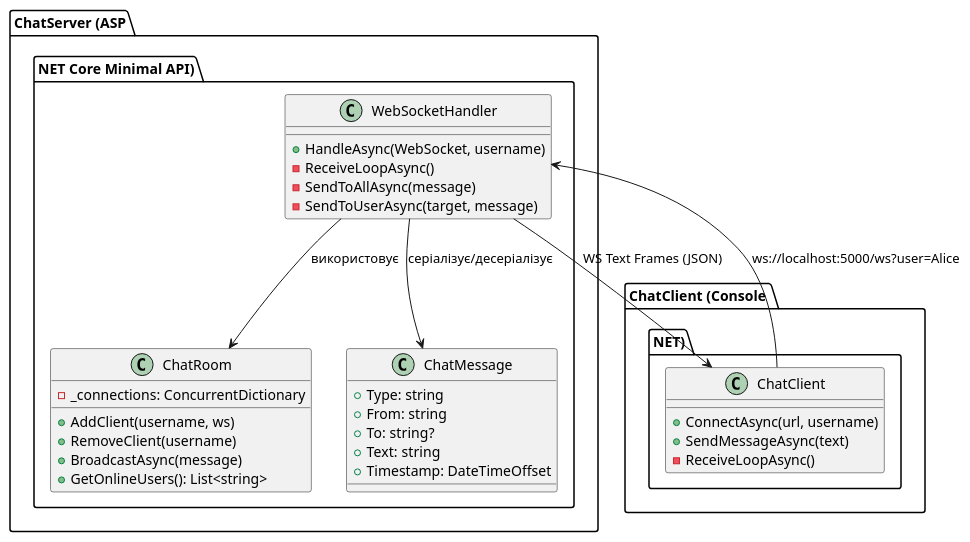
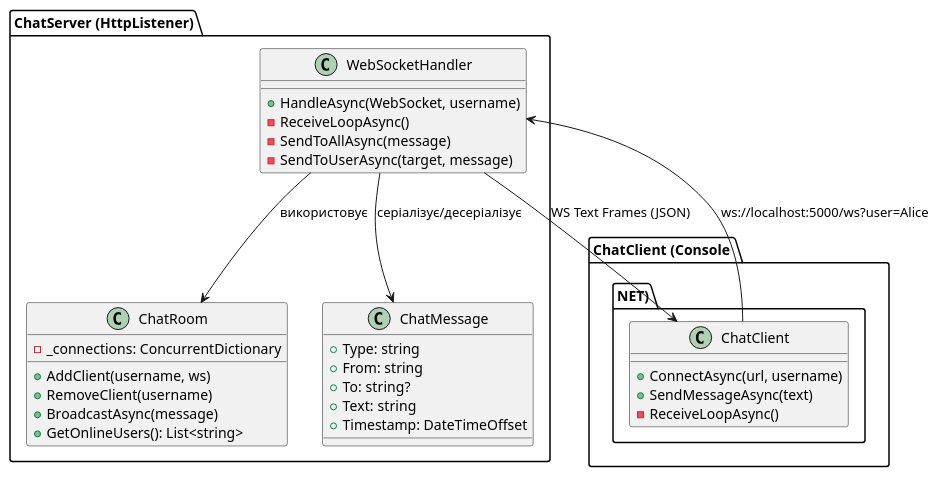
Before and after one commit to UTUBMIR/kostyl.dev: the seventh of 7 diagrams in content/01.csharp/13.network-programming/10.websockets.md, drawn with PlantUML. The commit also changed other lines of this file, not shown here.

Commit message:
fix: update WebSocket server implementation to use HttpListener and improve logging

````diff
--- a/content/01.csharp/13.network-programming/10.websockets.md
+++ b/content/01.csharp/13.network-programming/10.websockets.md
@@ -583,46 +583,46 @@
 ```plantuml
 @startuml
 skinparam style plain
 skinparam backgroundColor #ffffff
 
-package "ChatServer (ASP.NET Core Minimal API)" {
+package "ChatServer (HttpListener)" {
     class "WebSocketHandler" as handler {
         +HandleAsync(WebSocket, username)
         -ReceiveLoopAsync()
         -SendToAllAsync(message)
         -SendToUserAsync(target, message)
     }
 
     class "ChatRoom" as room {
         -_connections: ConcurrentDictionary
         +AddClient(username, ws)
         +RemoveClient(username)
         +BroadcastAsync(message)
         +GetOnlineUsers(): List<string>
     }
 
     class "ChatMessage" as msg {
         +Type: string
         +From: string
         +To: string?
         +Text: string
         +Timestamp: DateTimeOffset
     }
 
     handler --> room : використовує
     handler --> msg : серіалізує/десеріалізує
 }
 
 package "ChatClient (Console .NET)" {
     class "ChatClient" as client {
         +ConnectAsync(url, username)
         +SendMessageAsync(text)
         -ReceiveLoopAsync()
     }
 }
 
 client --> handler : ws://localhost:5000/ws?user=Alice
 handler --> client : WS Text Frames (JSON)
 
 @enduml
 ```
````
